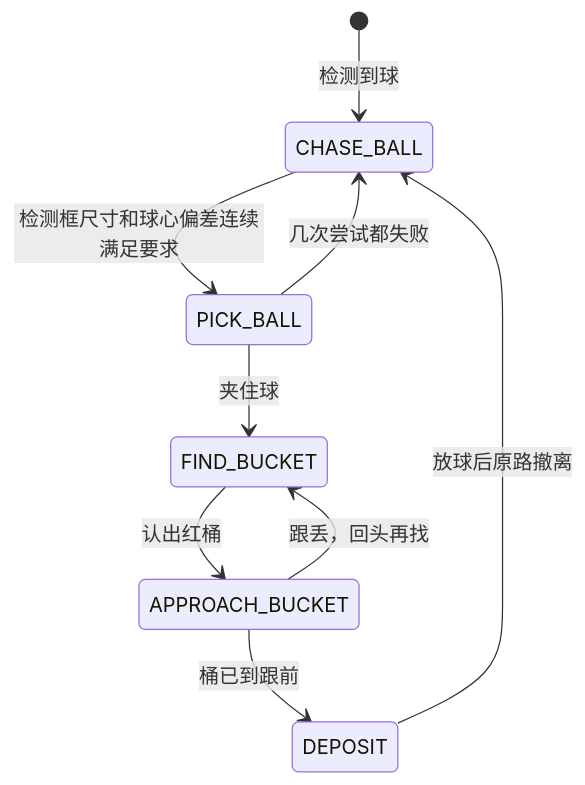
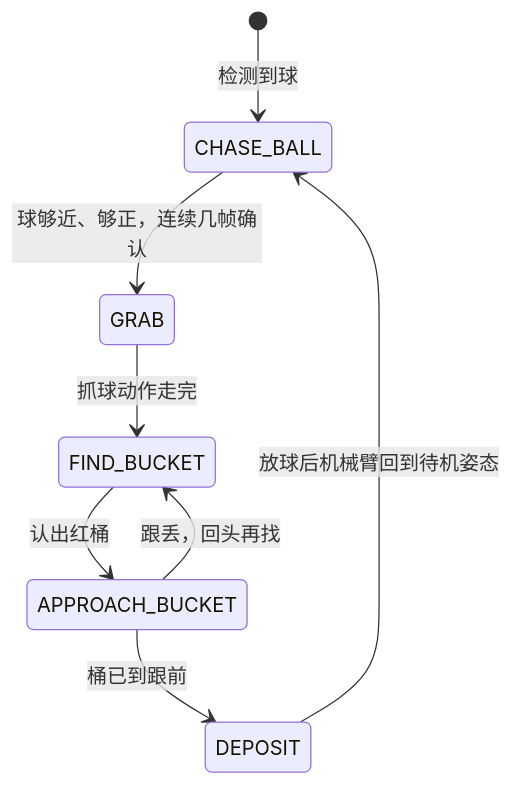
Before and after one commit to BattiestStone4/tgoskits: the diagram in docs/docs/runtime/proj4/getting-started.md, drawn with Mermaid. The commit also changed other lines of this file, not shown here.

````diff
--- a/docs/docs/runtime/proj4/getting-started.md
+++ b/docs/docs/runtime/proj4/getting-started.md
@@ -436,11 +438,10 @@
 ```mermaid
 stateDiagram-v2
     [*] --> CHASE_BALL: 检测到球
-    CHASE_BALL --> PICK_BALL: 检测框尺寸和球心偏差连续满足要求
-    PICK_BALL --> FIND_BUCKET: 夹住球
-    PICK_BALL --> CHASE_BALL: 几次尝试都失败
+    CHASE_BALL --> GRAB: 球够近、够正，连续几帧确认
+    GRAB --> FIND_BUCKET: 抓球动作走完
     FIND_BUCKET --> APPROACH_BUCKET: 认出红桶
     APPROACH_BUCKET --> FIND_BUCKET: 跟丢，回头再找
     APPROACH_BUCKET --> DEPOSIT: 桶已到跟前
-    DEPOSIT --> CHASE_BALL: 放球后原路撤离
+    DEPOSIT --> CHASE_BALL: 放球后机械臂回到待机姿态
 ```
````
